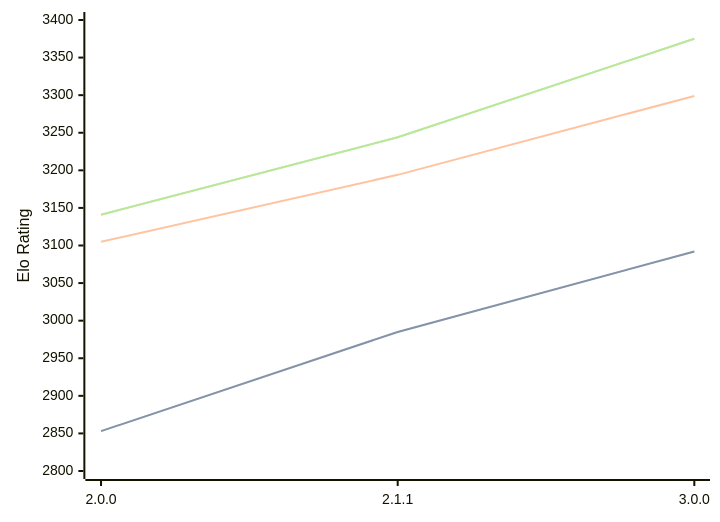
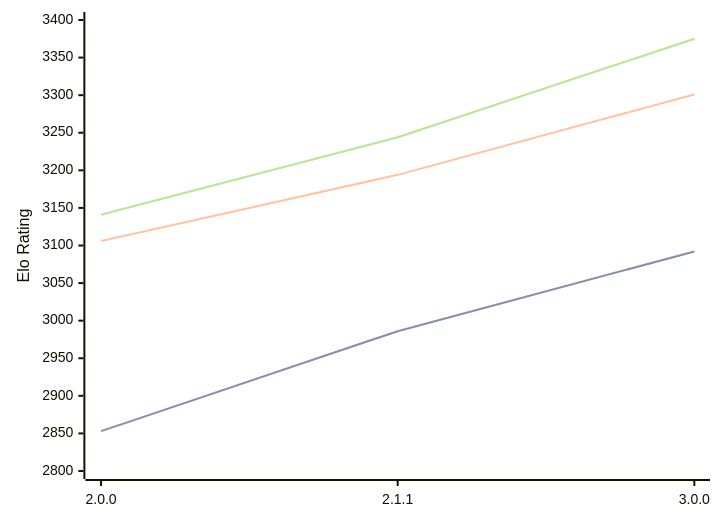
One commit to computer-chess-index/cci changed the diagram in engines/Bread.md. Above: the diagram before and after it, drawn with Mermaid. The commit also changed other lines of this file, not shown here.

````diff
--- a/engines/Bread.md
+++ b/engines/Bread.md
@@ -53,11 +53,11 @@
 ```mermaid
 %%{init: {"theme":"base","themeVariables":{"seriesColors:['#a3a3a3','#222221','#faa371']}}}%%
 xychart-beta
   x-axis ["2.0.0", "2.1.1", "3.0.0"]
   y-axis "Elo Rating" 2800 --> 3400
-  line "STC (8.0+0.08s)" [2853, 2985, 3092]
-  line "STC (8.0+0.08s)" [2853, 2985, 3092]
-  line "LTC (60.0+0.60s)" [3105, 3194, 3299]
+  line "STC (8.0+0.08s)" [2853, 2986, 3092]
+  line "STC (8.0+0.08s)" [2853, 2986, 3092]
+  line "LTC (60.0+0.60s)" [3106, 3194, 3301]
   line "VLTC (2m24s+1.12s)" [3141, 3244, 3375]
   line "VLTC (2m24s+1.12s)" [3141, 3244, 3375]
 ```
````
